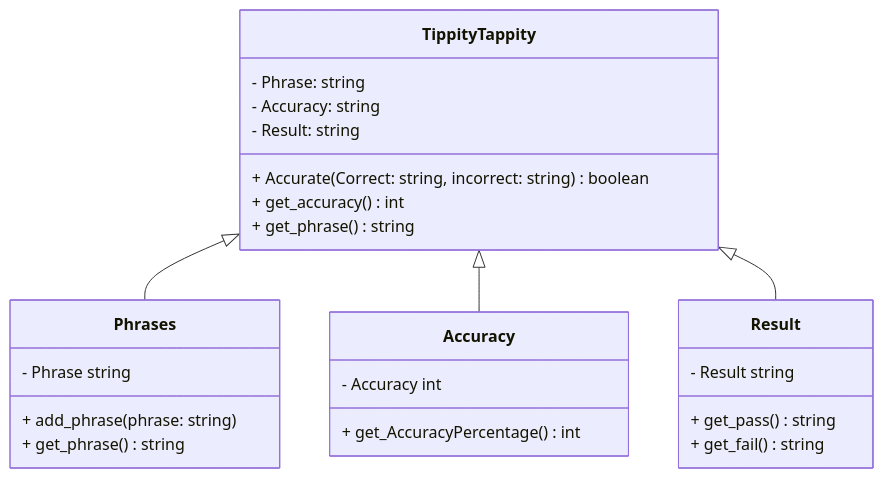
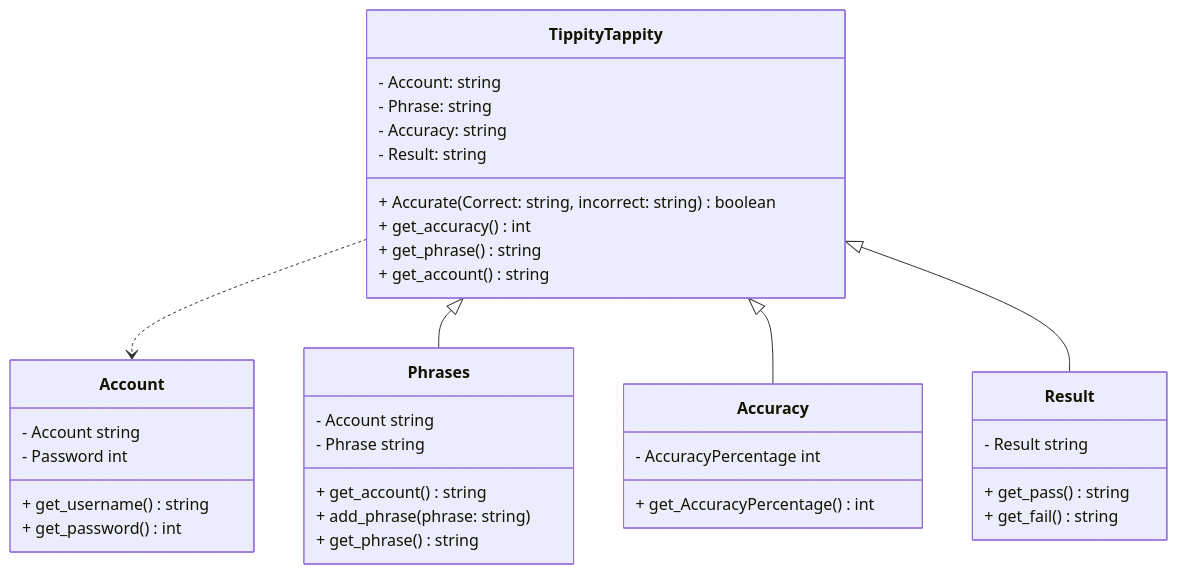
One commit to Bunderwood2676/tippitytappity-design changed the diagram in README.md. Above: the diagram before and after it, drawn with Mermaid.

Commit message:
Update README with data model changes

````diff
--- a/README.md
+++ b/README.md
@@ -8,31 +8,43 @@
 ```mermaid
 classDiagram
+   TippityTappity..> Account
    TippityTappity<|-- Phrases
    TippityTappity<|-- Accuracy
    TippityTappity<|-- Result
   class TippityTappity{
+        - Account: string
         - Phrase: string
         - Accuracy: string
         - Result: string
         + Accurate(Correct: string, incorrect: string) boolean
         + get_accuracy() int
         + get_phrase() string
+        + get_account() string
+  }
+
+  class Account{
+        - Account string
+        - Password int
+        + get_username() string
+        + get_password() int
   }
   class Phrases{
+        - Account string
         - Phrase string
+        + get_account() string
         + add_phrase(phrase: string)
         + get_phrase() string
   }
 
   class Accuracy{
-        - Accuracy int
+        - AccuracyPercentage int
         + get_AccuracyPercentage() int
   }
 
   class Result{
         - Result string
         + get_pass() string
         + get_fail() string
   }
         
 ```
````
